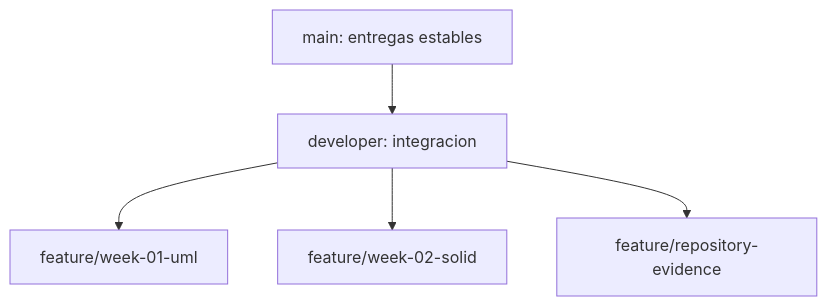
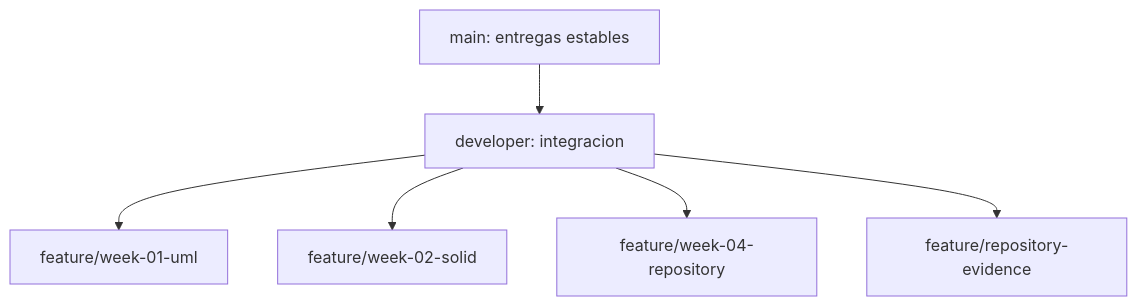
The diagram in README.md (DidhyerOrtiz/asii28-qa-funcional-tareas), drawn with Mermaid before and after one commit. The commit also changed other lines of this file and 23 other files, not shown here.

````diff
--- a/README.md
+++ b/README.md
@@ -30,13 +32,15 @@
 ```mermaid
 flowchart TB
     MAIN[main: entregas estables]
     DEV[developer: integracion]
     W1[feature/week-01-uml]
     W2[feature/week-02-solid]
+    W4[feature/week-04-repository]
     EVI[feature/repository-evidence]
 
     MAIN --> DEV
     DEV --> W1
     DEV --> W2
+    DEV --> W4
     DEV --> EVI
 ```
````
